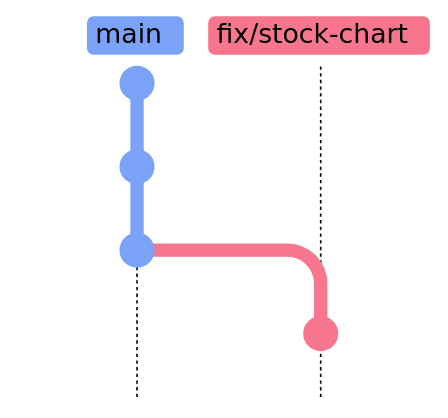
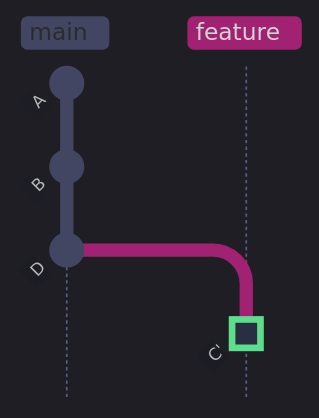
Before and after one commit to alp78/elysium: the fourth of 4 diagrams in content/08-Git/10-git-merge-conflicts.md, drawn with Mermaid. The commit also changed other lines of this file and 13 other files, not shown here.

````diff
--- a/content/08-Git/10-git-merge-conflicts.md
+++ b/content/08-Git/10-git-merge-conflicts.md
@@ -419,9 +627,20 @@
 ```mermaid
-%%{init: {'theme': 'base', 'themeVariables': {'git0': '#7aa2f7', 'git1': '#f7768e', 'git2': '#9ece6a', 'git3': '#e0af68', 'git4': '#bb9af7', 'gitBranchLabel0': '#000000', 'gitBranchLabel1': '#000000', 'gitBranchLabel2': '#000000', 'gitBranchLabel3': '#000000', 'commitLabelColor': '#ffffff', 'commitLabelBackground': 'transparent', 'commitLabelFontSize': '14px', 'tagLabelColor': '#000000', 'tagLabelBackground': '#c0caf5'}, 'gitGraph': {'mainBranchName': 'main'}} }%%
+%%{init: {'theme': 'dark', 'themeVariables': {
+  'primaryColor': '#292e42',
+  'primaryTextColor': '#c0caf5',
+  'primaryBorderColor': '#565f89',
+  'lineColor': '#565f89',
+  'secondaryColor': '#1a1b26',
+  'tertiaryColor': '#24283b',
+  'noteTextColor': '#c0caf5',
+  'noteBkgColor': '#292e42',
+  'textColor': '#c0caf5',
+  'fontSize': '14px'
+}, 'gitGraph': {'mainBranchName': 'main'}}}%%
 gitGraph TB:
   commit id: "A"
   commit id: "B"
-  commit id: "perf: bulk"
-  branch fix/stock-chart
-  commit id: "fix'"
+  commit id: "D"
+  branch feature
+  commit id: "C'" type: HIGHLIGHT
 ```
````
